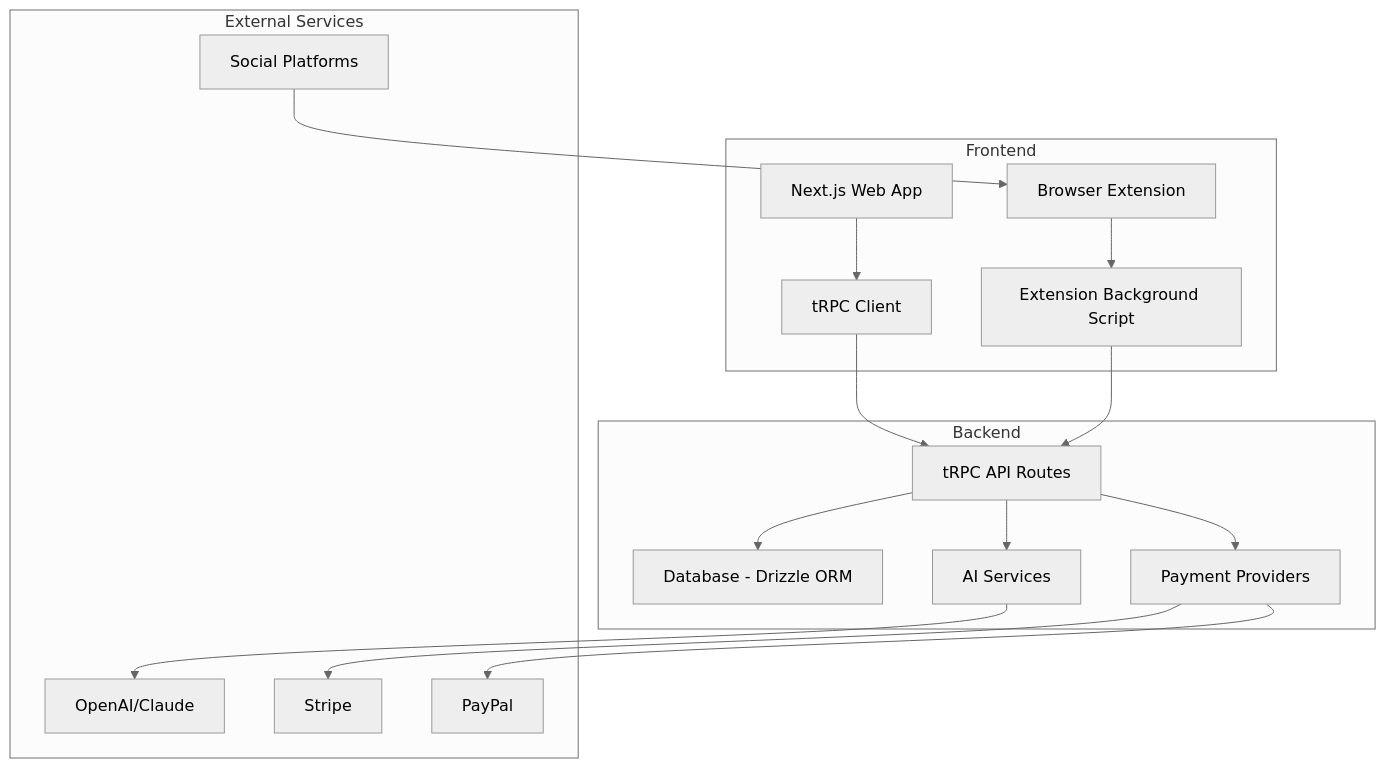
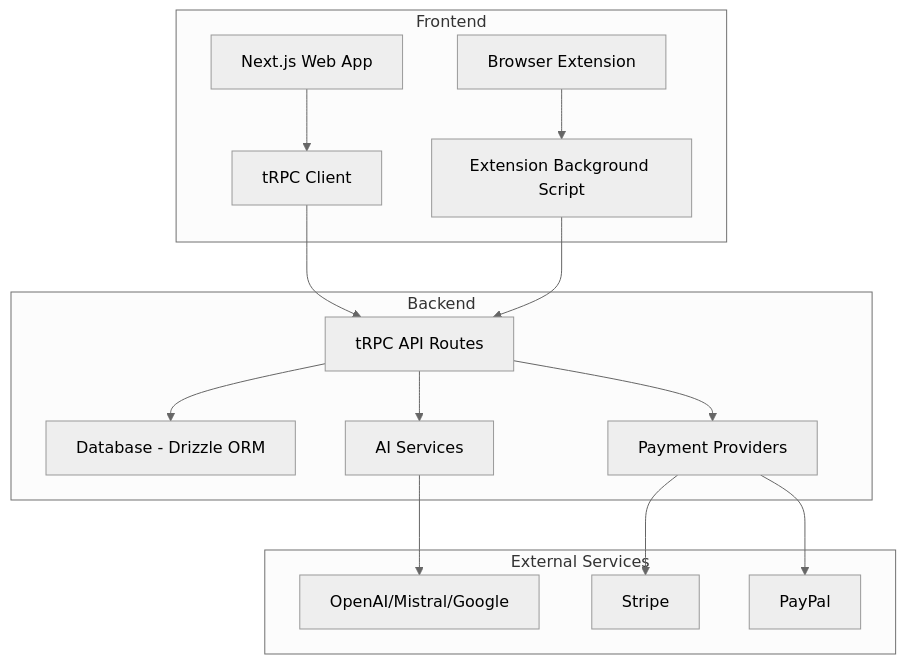
The diagram in introduction.mdx (alexgutscher26/mintlify-docs), drawn with Mermaid (neutral theme) before and after one commit. The commit also changed other lines of this file and 15 other files, not shown here.

````diff
--- a/introduction.mdx
+++ b/introduction.mdx
@@ -123,22 +143,21 @@
 ```mermaid
 graph TB
     subgraph "Frontend"
         A["Next.js Web App"] --> B["tRPC Client"]
         C["Browser Extension"] --> D["Extension Background Script"]
     end
     
     subgraph "Backend"
         B --> E["tRPC API Routes"]
         D --> E
         E --> F["Database - Drizzle ORM"]
         E --> G["AI Services"]
         E --> H["Payment Providers"]
     end
     
     subgraph "External Services"
-        G --> I["OpenAI/Claude"]
+        G --> I["OpenAI/Mistral/Google"]
         H --> J["Stripe"]
         H --> K["PayPal"]
-        L["Social Platforms"] --> C
     end
 ```
````
